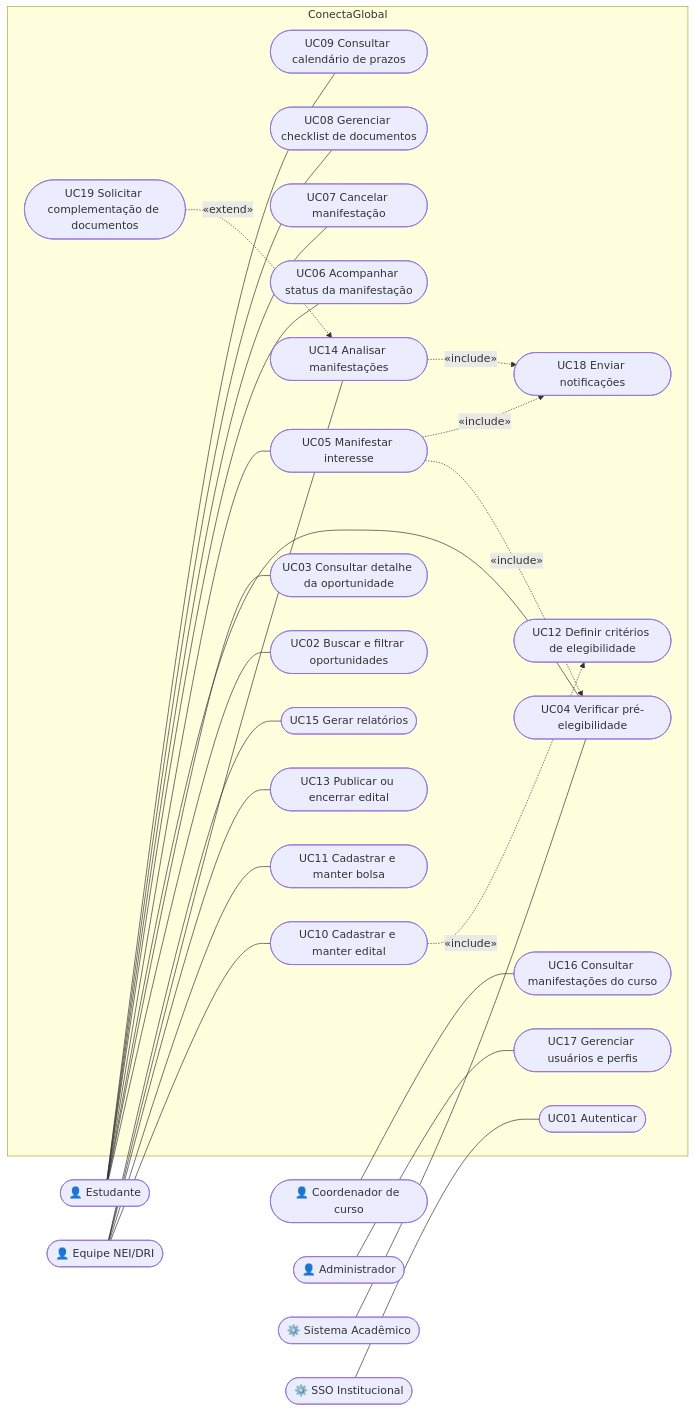
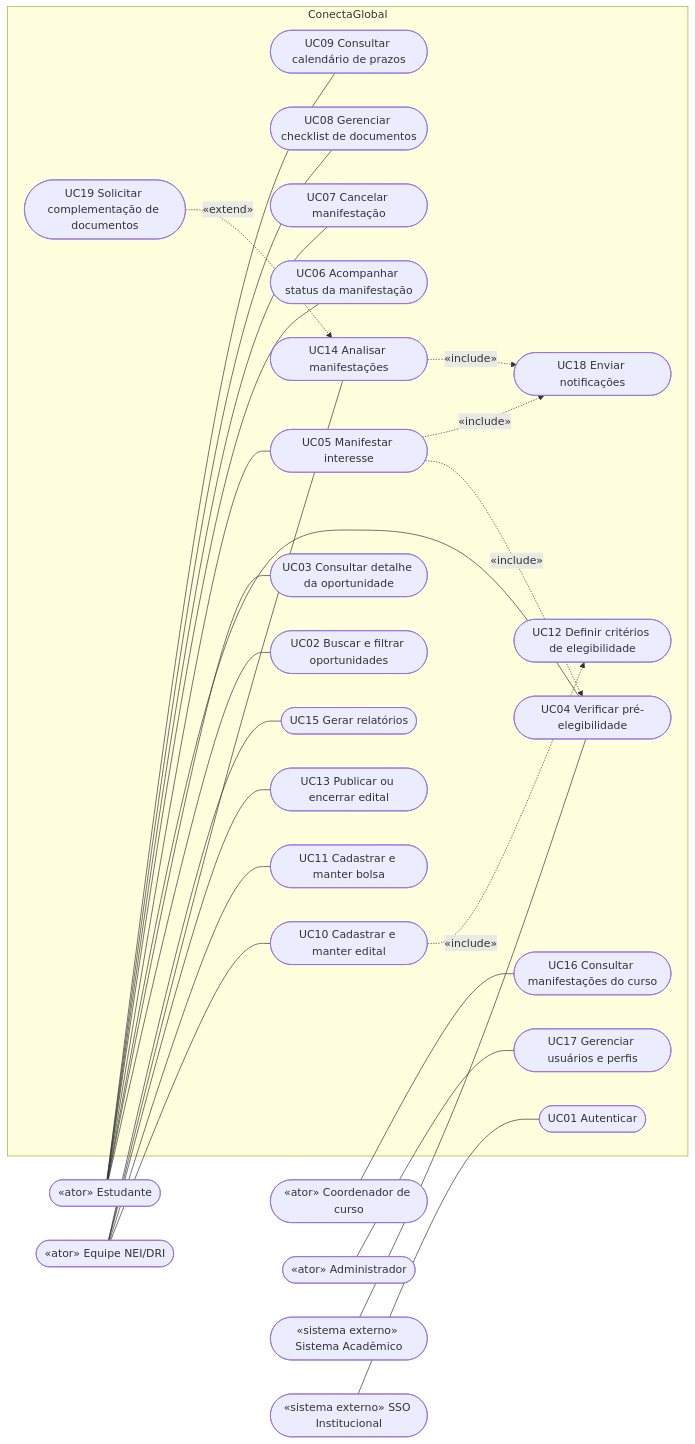
One commit to AllisonOliv/requisitos-2026.2--grupo3 changed the first of 3 diagrams in uml/diagramas.md. Above: the diagram before and after it, drawn with Mermaid. The commit also changed 3 other files, not shown here.

Commit message:
ajustes na atividade : requisitos mais claros, diagrama ajustado e análise documental

````diff
--- a/uml/diagramas.md
+++ b/uml/diagramas.md
@@ -9,58 +9,58 @@
 ```mermaid
 flowchart LR
-    EST(["👤 Estudante"])
-    NEI(["👤 Equipe NEI/DRI"])
-    COO(["👤 Coordenador de curso"])
-    ADM(["👤 Administrador"])
-    ACAD(["⚙️ Sistema Acadêmico"])
-    SSO(["⚙️ SSO Institucional"])
+    EST(["«ator» Estudante"])
+    NEI(["«ator» Equipe NEI/DRI"])
+    COO(["«ator» Coordenador de curso"])
+    ADM(["«ator» Administrador"])
+    ACAD(["«sistema externo» Sistema Acadêmico"])
+    SSO(["«sistema externo» SSO Institucional"])
 
     subgraph SIS["ConectaGlobal"]
         UC1(["UC01 Autenticar"])
         UC2(["UC02 Buscar e filtrar oportunidades"])
         UC3(["UC03 Consultar detalhe da oportunidade"])
         UC4(["UC04 Verificar pré-elegibilidade"])
         UC5(["UC05 Manifestar interesse"])
         UC6(["UC06 Acompanhar status da manifestação"])
         UC7(["UC07 Cancelar manifestação"])
         UC8(["UC08 Gerenciar checklist de documentos"])
         UC9(["UC09 Consultar calendário de prazos"])
         UC10(["UC10 Cadastrar e manter edital"])
         UC11(["UC11 Cadastrar e manter bolsa"])
         UC12(["UC12 Definir critérios de elegibilidade"])
         UC13(["UC13 Publicar ou encerrar edital"])
         UC14(["UC14 Analisar manifestações"])
         UC15(["UC15 Gerar relatórios"])
         UC16(["UC16 Consultar manifestações do curso"])
         UC17(["UC17 Gerenciar usuários e perfis"])
         UC18(["UC18 Enviar notificações"])
         UC19(["UC19 Solicitar complementação de documentos"])
     end
 
     EST --- UC2
     EST --- UC3
     EST --- UC4
     EST --- UC5
     EST --- UC6
     EST --- UC7
     EST --- UC8
     EST --- UC9
 
     NEI --- UC10
     NEI --- UC11
     NEI --- UC13
     NEI --- UC14
     NEI --- UC15
 
     COO --- UC16
     ADM --- UC17
 
     UC10 -. "«include»" .-> UC12
     UC5 -. "«include»" .-> UC4
     UC5 -. "«include»" .-> UC18
     UC14 -. "«include»" .-> UC18
     UC19 -. "«extend»" .-> UC14
 
     SSO --- UC1
     ACAD --- UC4
 ```
````
